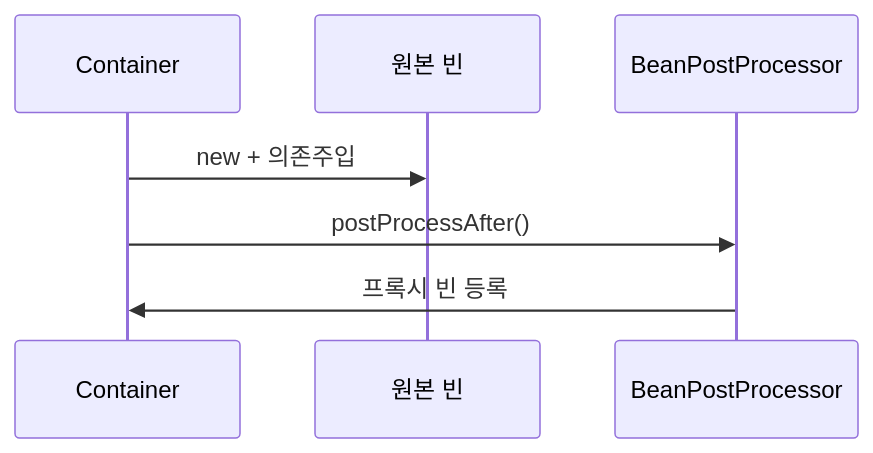
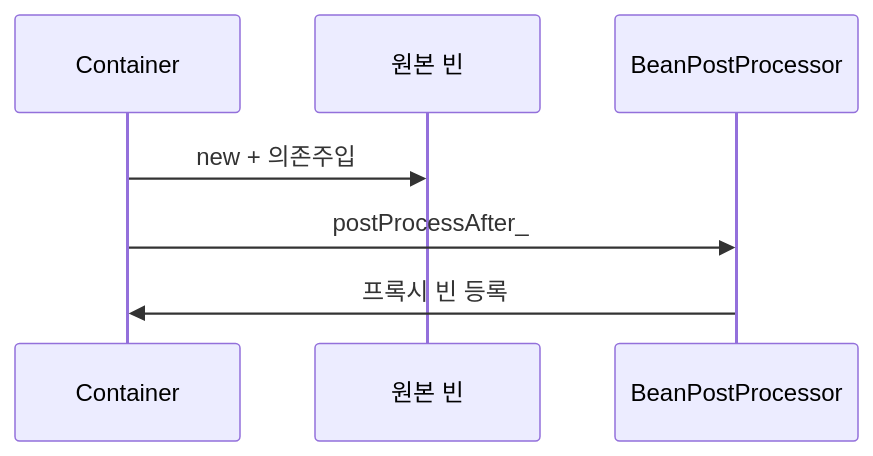
Before and after one commit to yjkim2015/yjkim2015.github.io: the eighth of 11 diagrams in _posts/spring/2026-05-02-spring-core-advanced.md, drawn with Mermaid. The commit also changed other lines of this file and 85 other files, not shown here.

First line of the commit message:
sequenceDiagram 문법 에러 2차 수정 169개 (86파일)

````diff
--- a/_posts/spring/2026-05-02-spring-core-advanced.md
+++ b/_posts/spring/2026-05-02-spring-core-advanced.md
@@ -484,9 +484,9 @@
 ```mermaid
 sequenceDiagram
     participant C as Container
     participant O as 원본 빈
     participant BPP as BeanPostProcessor
     C->>O: new + 의존주입
-    C->>BPP: postProcessAfter()
+    C->>BPP: postProcessAfter_
     BPP->>C: 프록시 빈 등록
 ```
````
